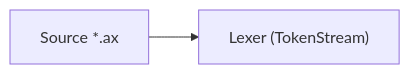
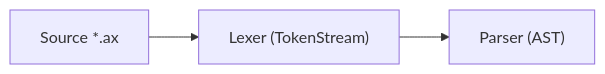
The diagram in README.MD (u64lisa/axiol-language), drawn with Mermaid before and after one commit.

````diff
--- a/README.MD
+++ b/README.MD
@@ -15,6 +15,9 @@
 ```mermaid
 graph LR;
     source["Source *.ax"]
     lexer["Lexer (TokenStream)"]
     source --> lexer
+    parser["Parser (AST)"]
+    lexer --> parser
+    
 ```
````
